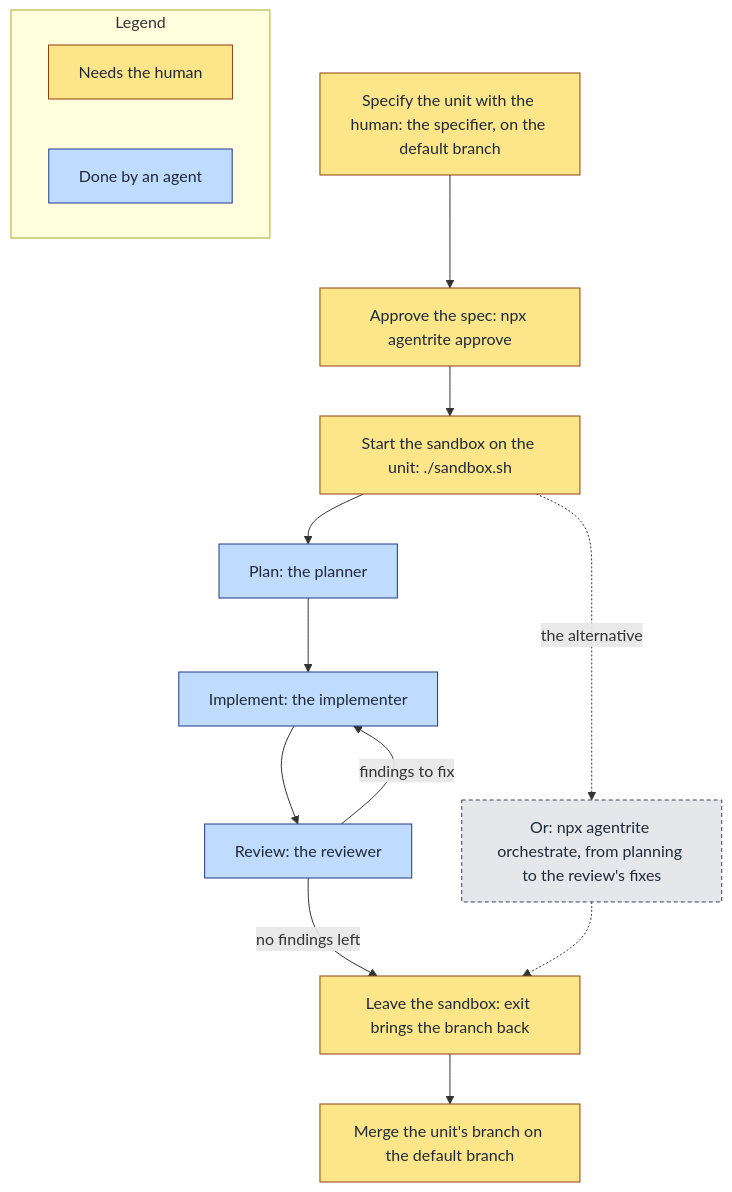
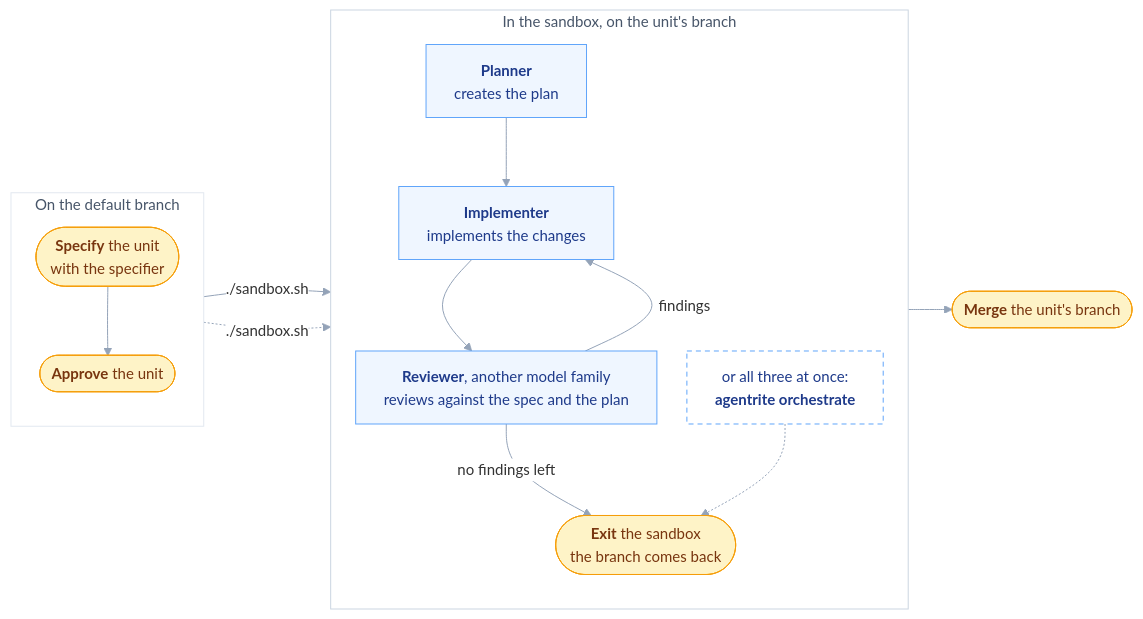
One commit to norareit/agentrite changed the diagram in diagrams/workflow.mmd. Above: the diagram before and after it, drawn with Mermaid. The commit also changed 6 other files, not shown here.

Commit message:
feature-0094 Restyle the diagrams

```diff
--- a/diagrams/workflow.mmd
+++ b/diagrams/workflow.mmd
@@ -1,31 +1,50 @@
-flowchart TD
-  specify["Specify the unit with the human: the specifier, on the default branch"]
-  approve["Approve the spec: npx agentrite approve"]
-  sandbox["Start the sandbox on the unit: ./sandbox.sh"]
-  plan["Plan: the planner"]
-  implement["Implement: the implementer"]
-  review["Review: the reviewer"]
-  orchestrator["Or: npx agentrite orchestrate, from planning to the review's fixes"]
-  leave["Leave the sandbox: exit brings the branch back"]
-  merge["Merge the unit's branch on the default branch"]
+---
+config:
+  theme: base
+  themeVariables:
+    fontFamily: Arial, Helvetica, sans-serif
+    fontSize: 15px
+    lineColor: "#94a3b8"
+    clusterBkg: "#ffffff"
+    clusterBorder: "#e2e8f0"
+    edgeLabelBackground: "#ffffff"
+    titleColor: "#475569"
+  flowchart:
+    curve: basis
+    nodeSpacing: 30
+    rankSpacing: 44
+    padding: 14
+    wrappingWidth: 320
+---
+flowchart LR
+  subgraph defaultBranch["On the default branch"]
+    direction TB
+    specify(["<b>Specify</b> the unit<br/>with the specifier"])
+    approve(["<b>Approve</b> the unit"])
+    specify --> approve
+  end
+  subgraph inSandbox["In the sandbox, on the unit's branch"]
+    direction TB
+    plan["<b>Planner</b><br/>creates the plan"]
+    implement["<b>Implementer</b><br/>implements the changes"]
+    review["<b>Reviewer</b>, another model family<br/>reviews against the spec and the plan"]
+    orchestrate["or all three at once:<br/><b>agentrite orchestrate</b>"]
+    leave(["<b>Exit</b> the sandbox<br/>the branch comes back"])
+    plan --> implement --> review
+    review -->|findings| implement
+    review -->|no findings left| leave
+    orchestrate -.-> leave
+  end
+  merge(["<b>Merge</b> the unit's branch"])
 
-  specify --> approve --> sandbox
-  sandbox --> plan --> implement --> review
-  review -->|findings to fix| implement
-  review -->|no findings left| leave
-  sandbox -.->|the alternative| orchestrator
-  orchestrator -.-> leave
+  approve -->|./sandbox.sh| plan
+  approve -.->|./sandbox.sh| orchestrate
   leave --> merge
 
-  subgraph legend["Legend"]
-    direction LR
-    humanStep["Needs the human"]
-    agentStep["Done by an agent"]
-  end
-
-  classDef human fill:#fde68a,stroke:#92400e,color:#1f2937
-  classDef agent fill:#bfdbfe,stroke:#1e3a8a,color:#1f2937
-  classDef alternative fill:#e5e7eb,stroke:#374151,color:#1f2937,stroke-dasharray:4 3
-  class specify,approve,sandbox,leave,merge,humanStep human
-  class plan,implement,review,agentStep agent
-  class orchestrator alternative
+  classDef human fill:#fef3c7,stroke:#f59e0b,color:#78350f
+  classDef agent fill:#eff6ff,stroke:#60a5fa,color:#1e3a8a
+  classDef alternative fill:#ffffff,stroke:#60a5fa,color:#1e3a8a,stroke-dasharray:5 4
+  class specify,approve,leave,merge human
+  class plan,implement,review agent
+  class orchestrate alternative
+  style inSandbox stroke:#cbd5e1
```
